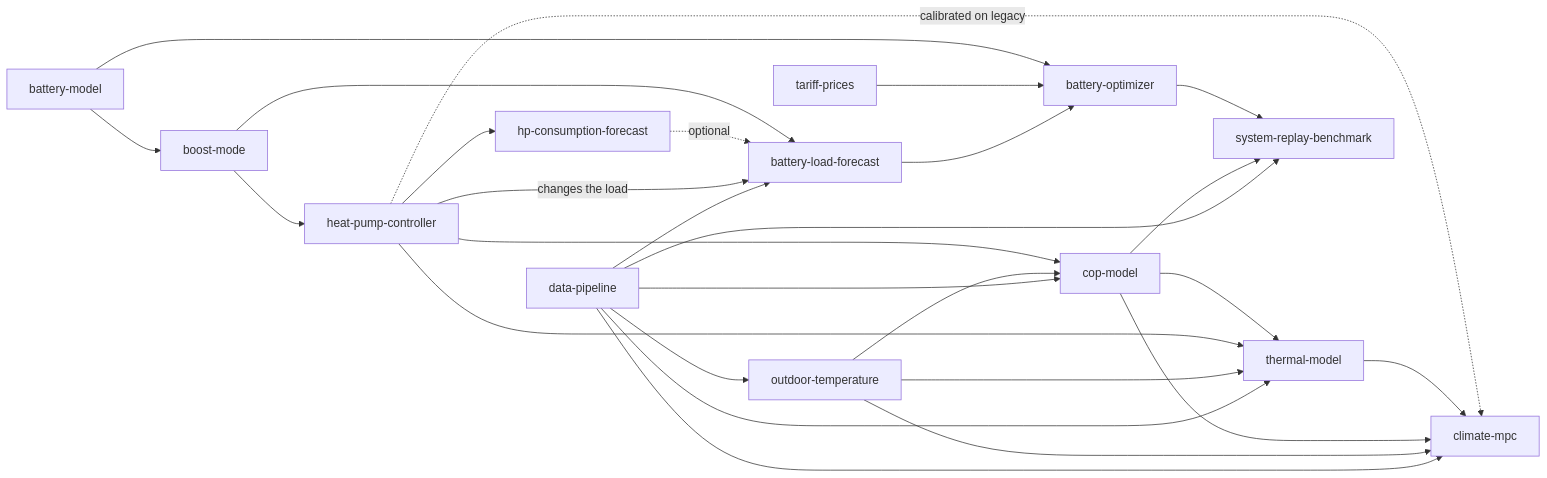
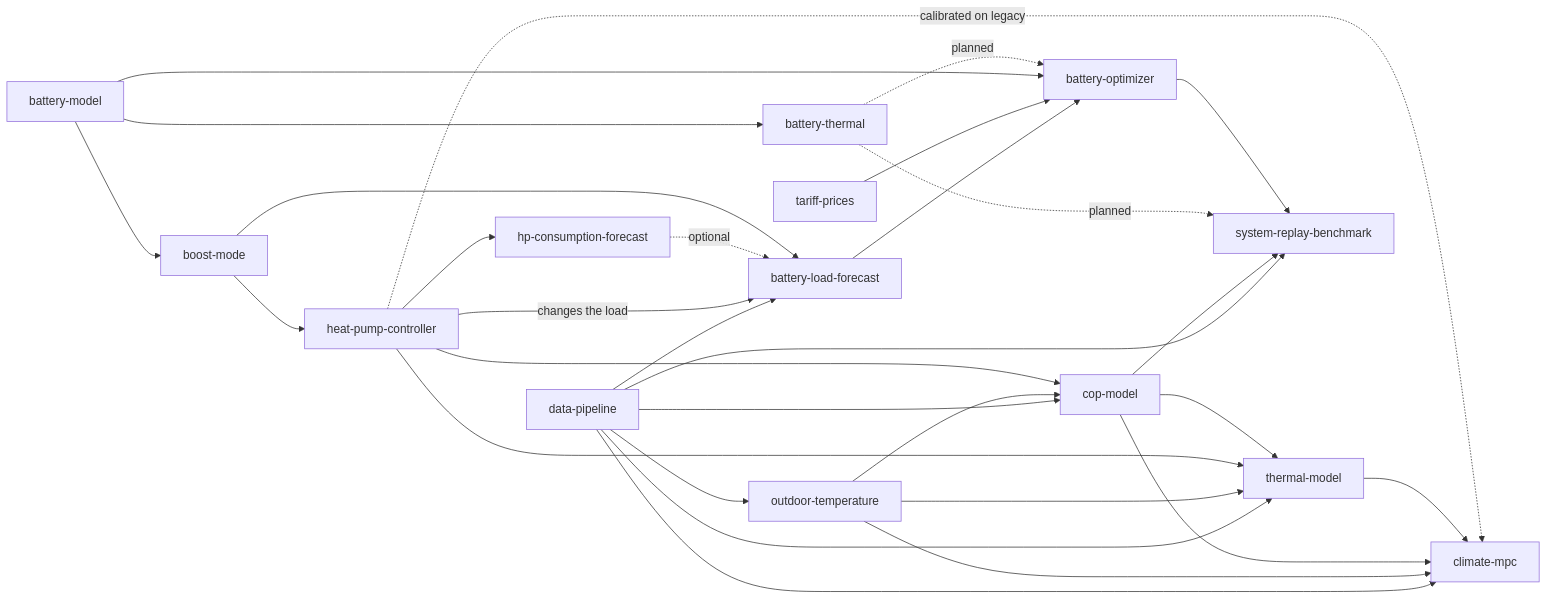
The diagram in docs/components/README.md (pando85/home-energy-optimizer), drawn with Mermaid before and after one commit. The commit also changed other lines of this file and 9 other files, not shown here.

First line of the commit message:
docs(planning): Derate-aware planning study, thermal model fit and battery-thermal component

````diff
--- a/docs/components/README.md
+++ b/docs/components/README.md
@@ -54,29 +54,32 @@
 ```mermaid
 flowchart LR
   DATA[data-pipeline] --> OUT[outdoor-temperature]
   DATA --> COP[cop-model]
   DATA --> THERM[thermal-model]
   DATA --> LOAD[battery-load-forecast]
   DATA --> BENCH[system-replay-benchmark]
   OUT --> COP
   OUT --> THERM
   HPC[heat-pump-controller] -->|changes the load| LOAD
   HPC --> COP
   HPC --> THERM
   HPC --> HPF[hp-consumption-forecast]
   COP --> THERM
   COP --> BENCH
   HPF -.optional.-> LOAD
   LOAD --> OPT[battery-optimizer]
   TARIFF[tariff-prices] --> OPT
   BATT[battery-model] --> OPT
+  THERMB[battery-thermal] -.planned.-> OPT
+  THERMB -.planned.-> BENCH
+  BATT --> THERMB
   OPT --> BENCH
   DATA --> MPC[climate-mpc]
   OUT --> MPC
   COP --> MPC
   THERM --> MPC
   HPC -.calibrated on legacy.-> MPC
   BOOST[boost-mode] --> HPC
   BOOST --> LOAD
   BATT --> BOOST
 ```
````
